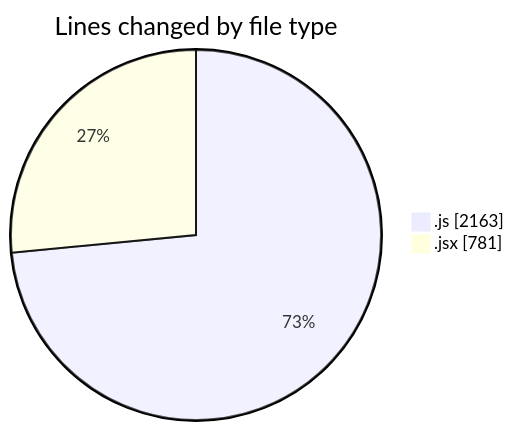
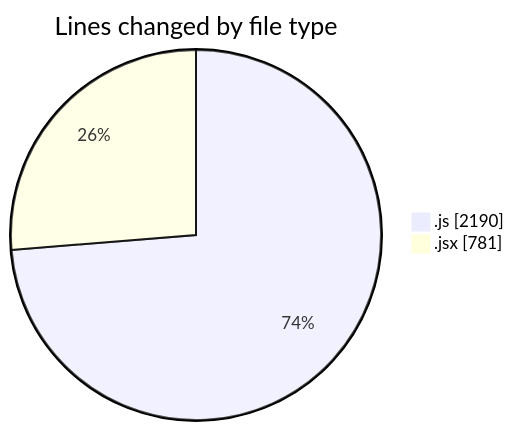
One commit to nxtqubesakshisongat/code-tracking changed the first of 2 diagrams in 2025-09-11/nxtqube_webapp/README.md. Above: the diagram before and after it, drawn with Mermaid. The commit also changed other lines of this file and 1 other file, not shown here.

````diff
--- a/2025-09-11/nxtqube_webapp/README.md
+++ b/2025-09-11/nxtqube_webapp/README.md
@@ -25,6 +26,6 @@
 ```mermaid
 pie showData
 title Lines changed by file type
-".js" : 2163
+".js" : 2190
 ".jsx" : 781
 ```
````
